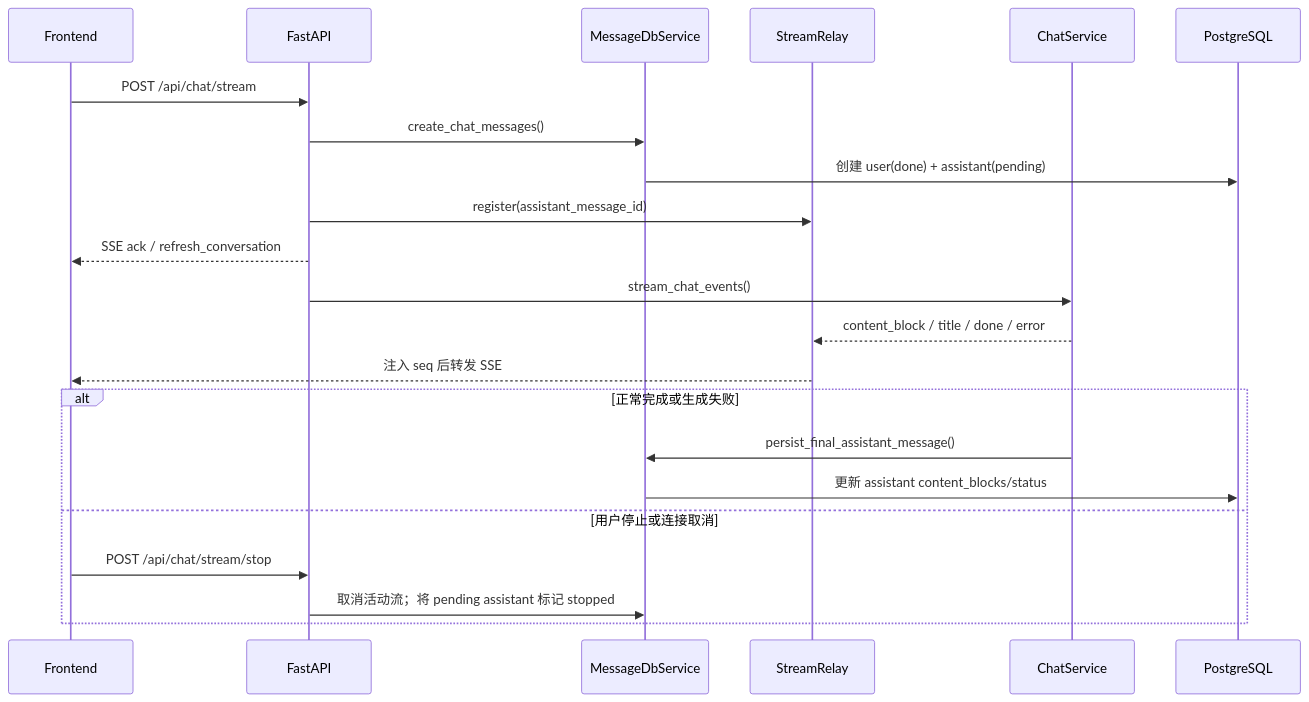
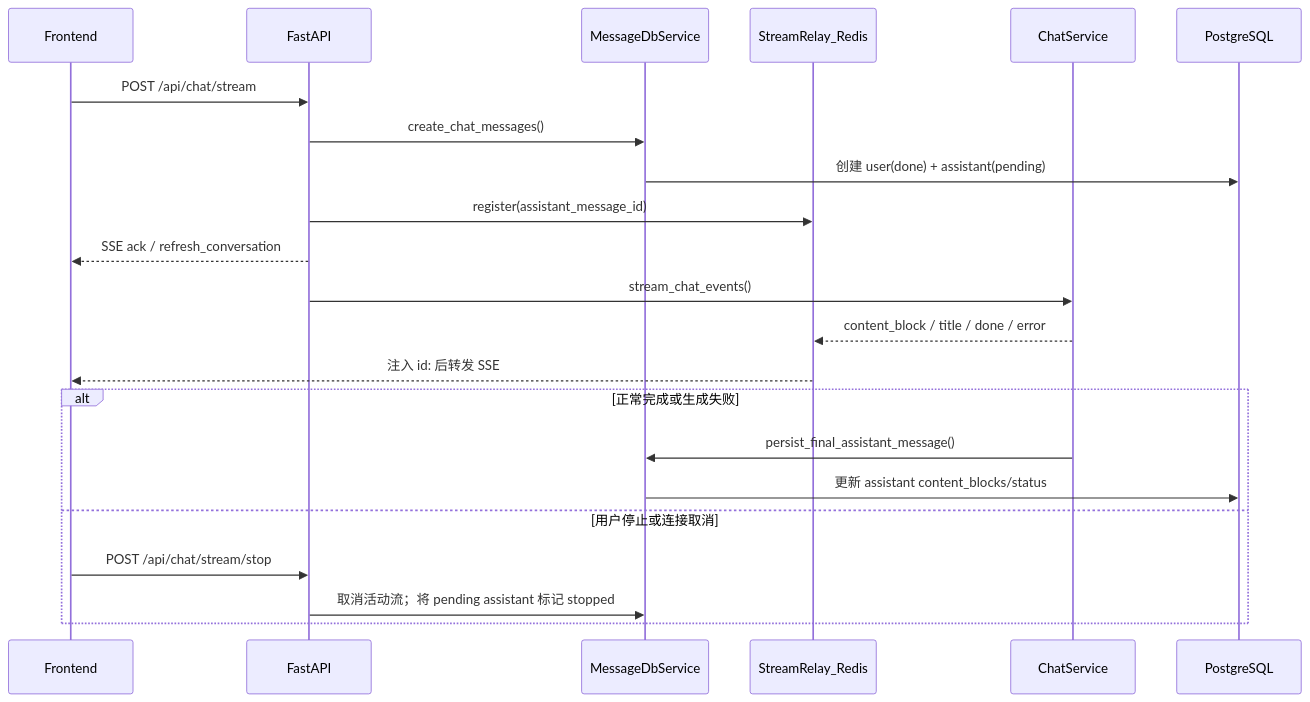
Before and after one commit to wuhonglei/chat-agent: the diagram in docs/会话管理.md, drawn with Mermaid. The commit also changed other lines of this file and 11 other files, not shown here.

Commit message:
feat: 完成 Redis Stream Relay 及 Turn 幂等性相关配置与文档更新

````diff
--- a/docs/会话管理.md
+++ b/docs/会话管理.md
@@ -138,25 +150,25 @@
 ```mermaid
 sequenceDiagram
     participant FE as Frontend
     participant API as FastAPI
     participant MSG as MessageDbService
-    participant RELAY as StreamRelay
+    participant RELAY as StreamRelay_Redis
     participant CHAT as ChatService
     participant DB as PostgreSQL
 
     FE->>API: POST /api/chat/stream
     API->>MSG: create_chat_messages()
     MSG->>DB: 创建 user(done) + assistant(pending)
     API->>RELAY: register(assistant_message_id)
     API-->>FE: SSE ack / refresh_conversation
     API->>CHAT: stream_chat_events()
     CHAT-->>RELAY: content_block / title / done / error
-    RELAY-->>FE: 注入 seq 后转发 SSE
+    RELAY-->>FE: 注入 id: 后转发 SSE
     alt 正常完成或生成失败
         CHAT->>MSG: persist_final_assistant_message()
         MSG->>DB: 更新 assistant content_blocks/status
     else 用户停止或连接取消
         FE->>API: POST /api/chat/stream/stop
         API->>MSG: 取消活动流；将 pending assistant 标记 stopped
     end
 ```
````
